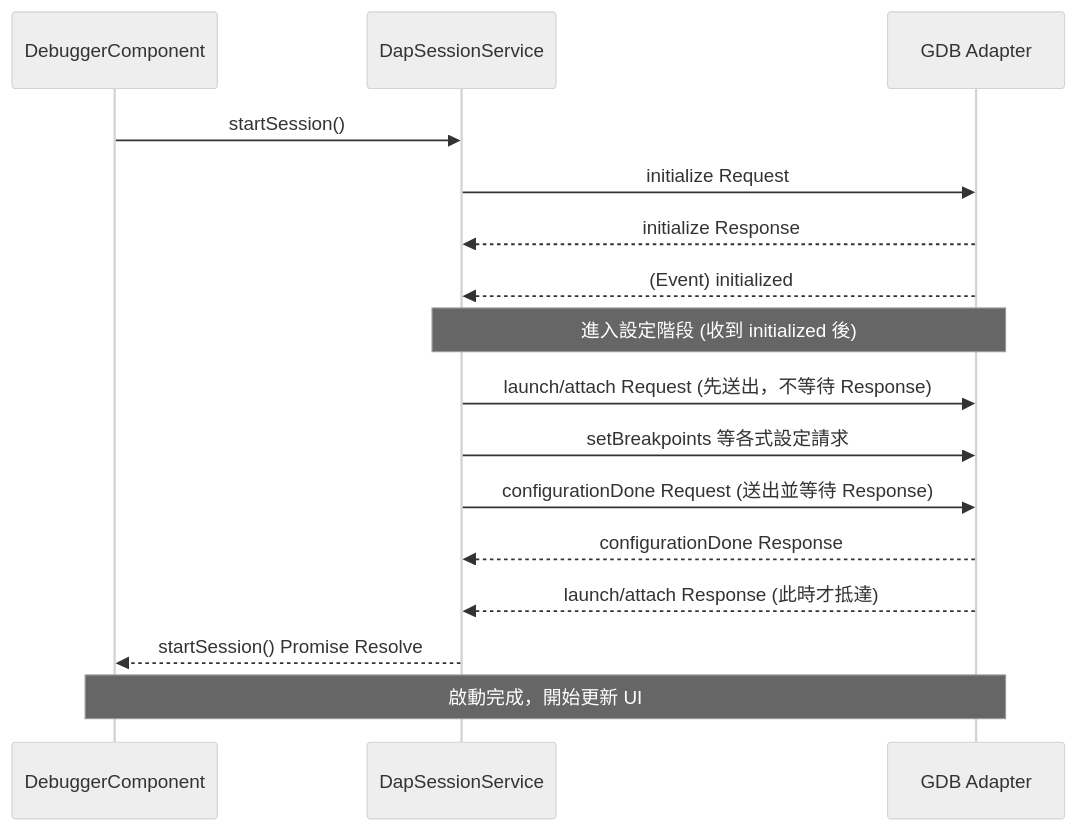
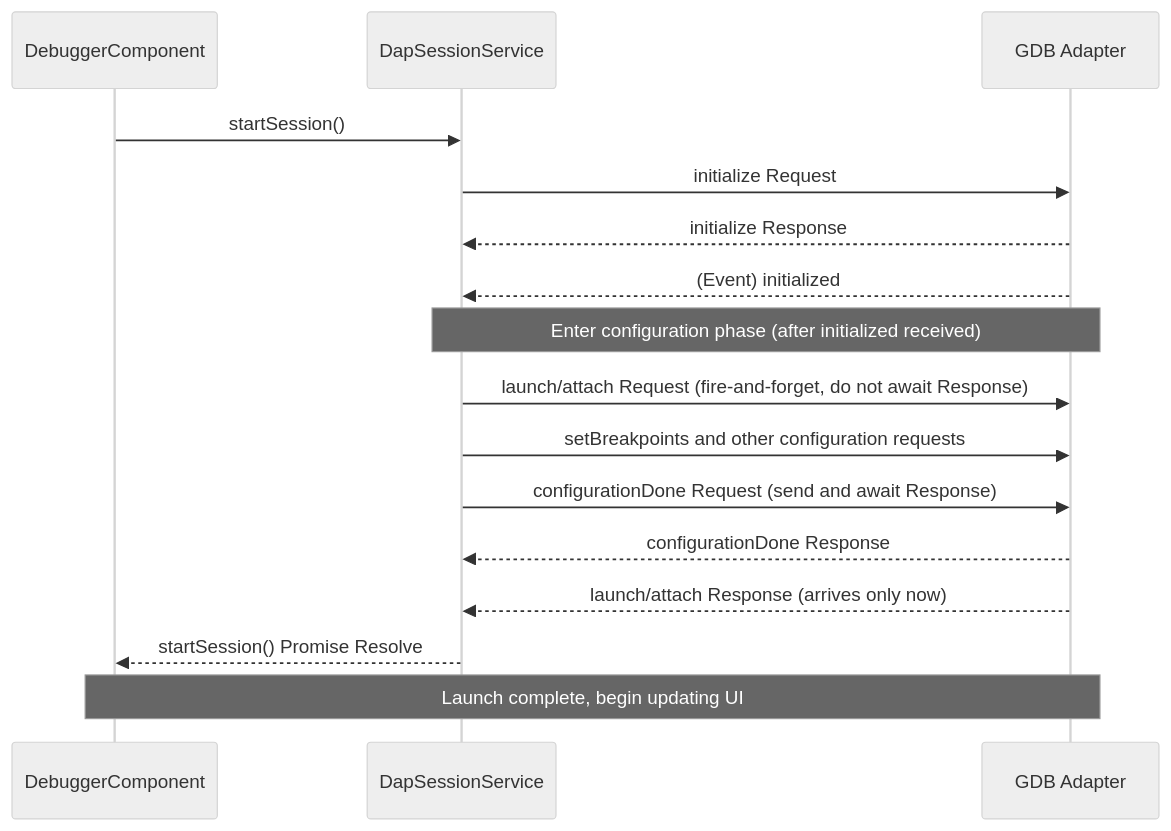
The diagram in docs/dap-integration-faq.md (tangpo387-arch/taro-debugger), drawn with Mermaid (neutral theme) before and after one commit. The commit also changed other lines of this file and 9 other files, not shown here.

````diff
--- a/docs/dap-integration-faq.md
+++ b/docs/dap-integration-faq.md
@@ -69,19 +82,19 @@
 ```mermaid
 sequenceDiagram
     participant IDE as DebuggerComponent
     participant Service as DapSessionService
     participant Adapter as GDB Adapter
-    
+
     IDE->>Service: startSession()
     Service->>Adapter: initialize Request
     Adapter-->>Service: initialize Response
     Adapter-->>Service: (Event) initialized
-    Note over Service, Adapter: 進入設定階段 (收到 initialized 後)
-    Service->>Adapter: launch/attach Request (先送出，不等待 Response)
-    Service->>Adapter: setBreakpoints 等各式設定請求
-    Service->>Adapter: configurationDone Request (送出並等待 Response)
+    Note over Service, Adapter: Enter configuration phase (after initialized received)
+    Service->>Adapter: launch/attach Request (fire-and-forget, do not await Response)
+    Service->>Adapter: setBreakpoints and other configuration requests
+    Service->>Adapter: configurationDone Request (send and await Response)
     Adapter-->>Service: configurationDone Response
-    Adapter-->>Service: launch/attach Response (此時才抵達)
+    Adapter-->>Service: launch/attach Response (arrives only now)
     Service-->>IDE: startSession() Promise Resolve
-    Note over IDE, Adapter: 啟動完成，開始更新 UI
+    Note over IDE, Adapter: Launch complete, begin updating UI
 ```
````
